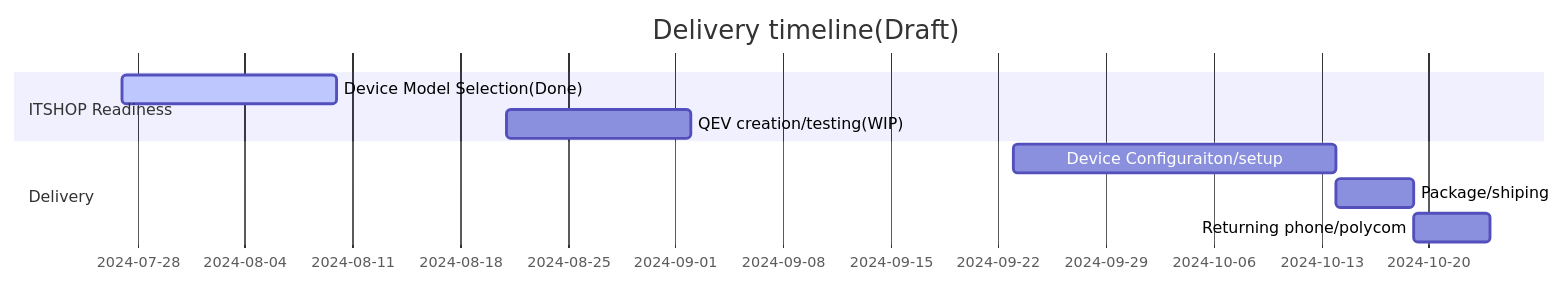
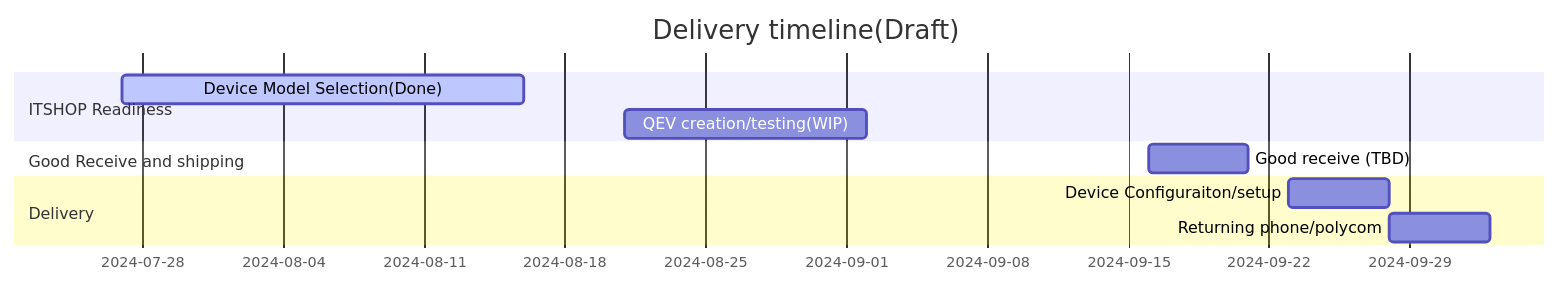
The diagram in test.md (pluto133/-), drawn with Mermaid before and after one commit.

````diff
--- a/test.md
+++ b/test.md
@@ -1,12 +1,13 @@
 ```mermaid
 gantt
     title Delivery timeline(Draft)
     dateFormat  YYYY-MM-DD
     section ITSHOP Readiness
-    Device Model Selection(Done):active, a1, 2024-07-27, 14d
+    Device Model Selection(Done):active, a1, 2024-07-27, 20d
     QEV creation/testing(WIP)     : after a1, 2024-08-21, 12d
+    Section Good Receive and shipping
+    Good receive (TBD)  : after a1, 2024-09-16, 5d
     section Delivery
-    Device Configuraiton/setup      :2024-09-23  , 21d
-    Package/shiping      : 5d
+    Device Configuraiton/setup      :2024-09-23, 5d
     Returning phone/polycom     : 5d
 ```
````
